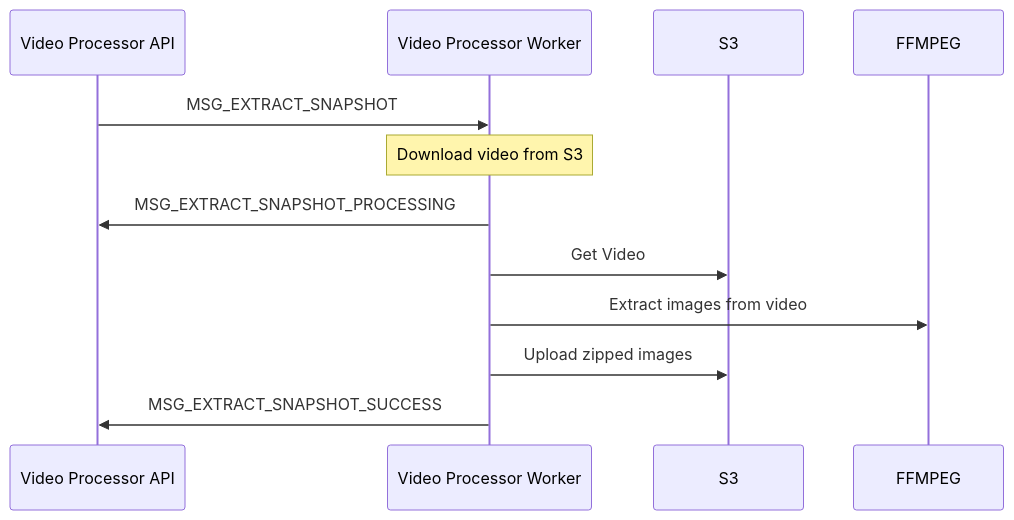
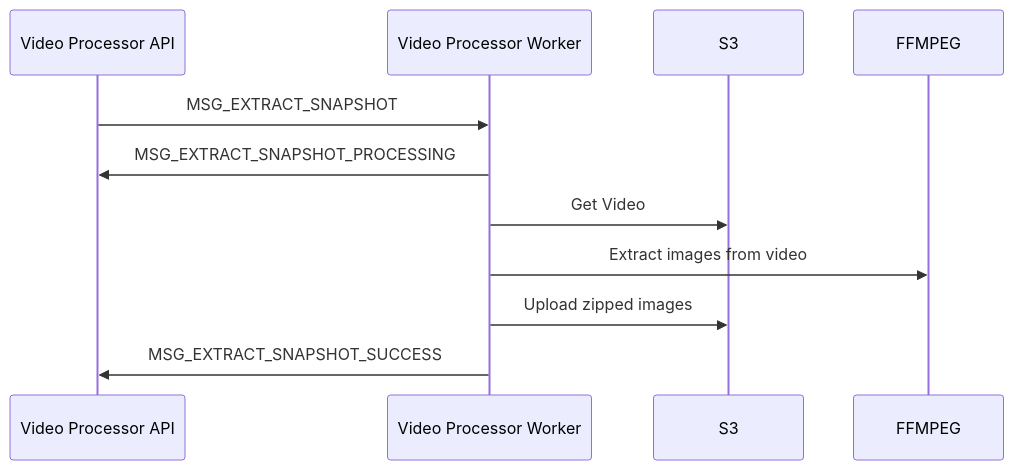
One commit to rafaelsmonte/hackaton-video-processor-worker changed the first of 2 diagrams in docs/service.md. Above: the diagram before and after it, drawn with Mermaid.

````diff
--- a/docs/service.md
+++ b/docs/service.md
@@ -7,10 +7,9 @@
 ```mermaid
 sequenceDiagram  
 Video Processor API->>Video Processor Worker: MSG_EXTRACT_SNAPSHOT  
-  Note over Video Processor Worker: Download video from S3
   Video Processor Worker->>Video Processor API: MSG_EXTRACT_SNAPSHOT_PROCESSING  
   Video Processor Worker->>S3: Get Video  
   Video Processor Worker->>FFMPEG: Extract images from video  
   Video Processor Worker->>S3: Upload zipped images  
   Video Processor Worker->>Video Processor API: MSG_EXTRACT_SNAPSHOT_SUCCESS  
 ```
````
